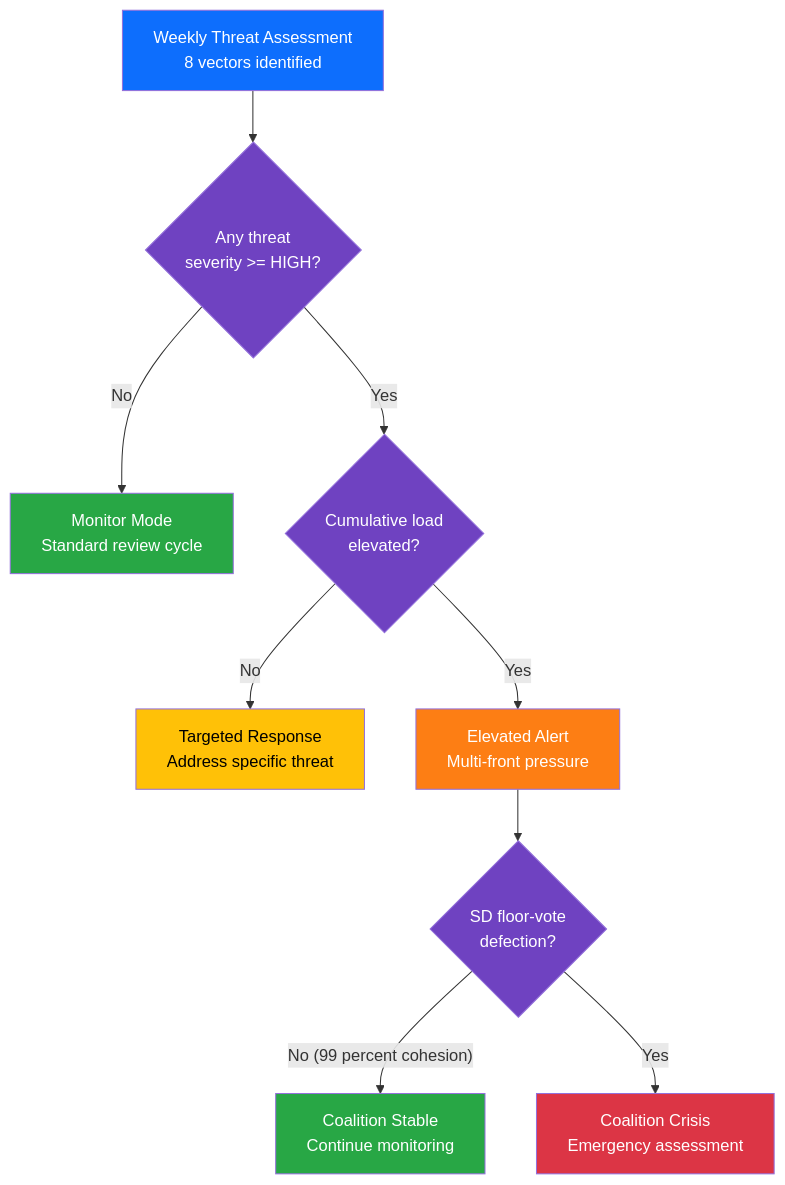
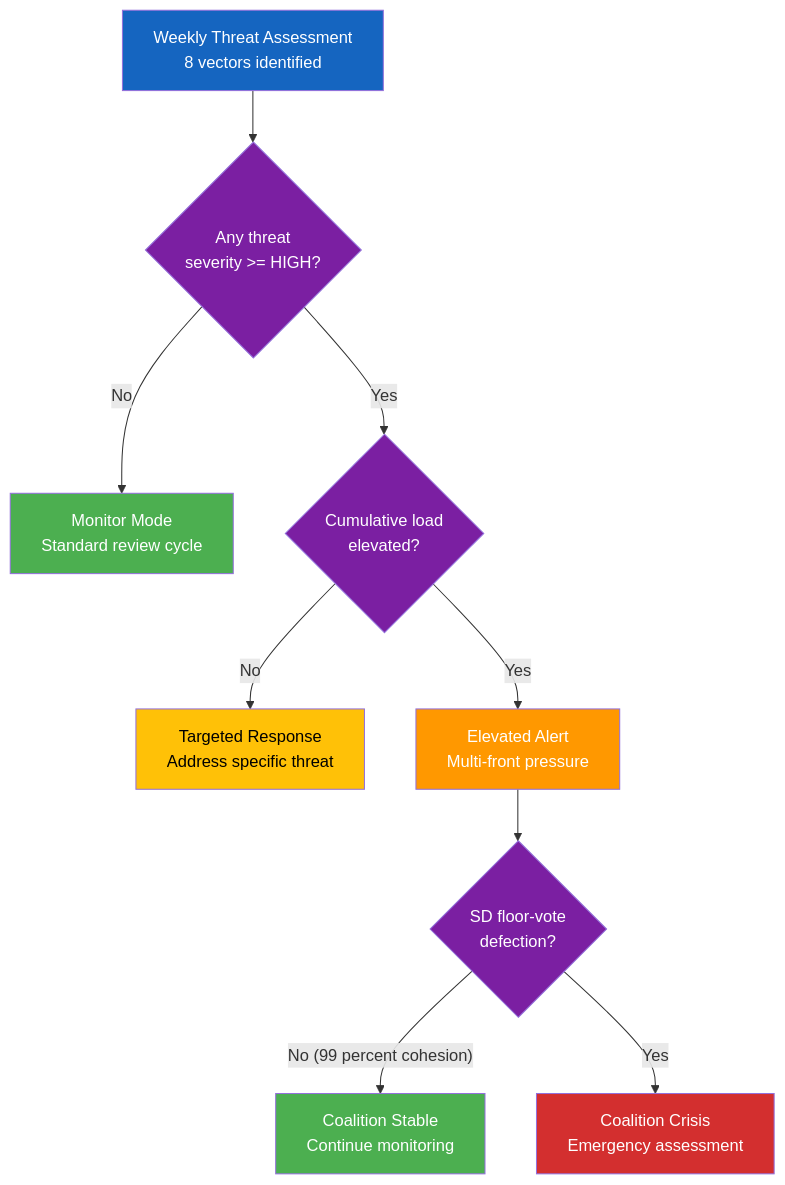
The second of 2 diagrams in analysis/daily/2026-04-11/evening-analysis/threat-analysis.md (Hack23/riksdagsmonitor), drawn with Mermaid before and after one commit. The commit also changed other lines of this file and 785 other files, not shown here.

First line of the commit message:
Normalize mermaid colors across 786 analysis artifacts to ISMS Style Guide palette

````diff
--- a/analysis/daily/2026-04-11/evening-analysis/threat-analysis.md
+++ b/analysis/daily/2026-04-11/evening-analysis/threat-analysis.md
@@ -79,21 +79,21 @@
 ```mermaid
 graph TD
     START["Weekly Threat Assessment<br/>8 vectors identified"] --> Q1{"Any threat<br/>severity >= HIGH?"}
     Q1 -->|"No"| MONITOR["Monitor Mode<br/>Standard review cycle"]
     Q1 -->|"Yes"| Q2{"Cumulative load<br/>elevated?"}
     Q2 -->|"No"| TARGETED["Targeted Response<br/>Address specific threat"]
     Q2 -->|"Yes"| ELEVATED["Elevated Alert<br/>Multi-front pressure"]
     ELEVATED --> CHECK{"SD floor-vote<br/>defection?"}
     CHECK -->|"No (99 percent cohesion)"| STABLE["Coalition Stable<br/>Continue monitoring"]
     CHECK -->|"Yes"| CRISIS["Coalition Crisis<br/>Emergency assessment"]
 
-    style START fill:#0d6efd,color:#fff
-    style MONITOR fill:#28a745,color:#fff
-    style TARGETED fill:#ffc107,color:#000
-    style ELEVATED fill:#fd7e14,color:#fff
-    style STABLE fill:#28a745,color:#fff
-    style CRISIS fill:#dc3545,color:#fff
-    style Q1 fill:#6f42c1,color:#fff
-    style Q2 fill:#6f42c1,color:#fff
-    style CHECK fill:#6f42c1,color:#fff
+    style START fill:#1565C0,color:#FFFFFF
+    style MONITOR fill:#4CAF50,color:#FFFFFF
+    style TARGETED fill:#FFC107,color:#000000
+    style ELEVATED fill:#FF9800,color:#FFFFFF
+    style STABLE fill:#4CAF50,color:#FFFFFF
+    style CRISIS fill:#D32F2F,color:#FFFFFF
+    style Q1 fill:#7B1FA2,color:#FFFFFF
+    style Q2 fill:#7B1FA2,color:#FFFFFF
+    style CHECK fill:#7B1FA2,color:#FFFFFF
 ```
````
